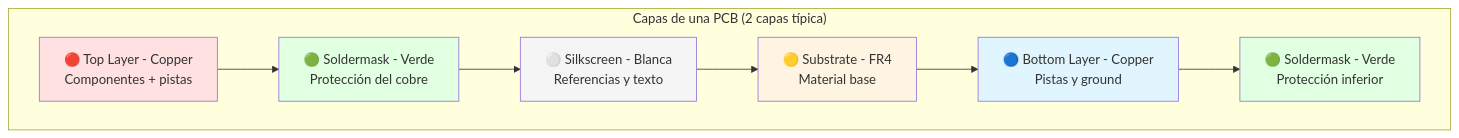
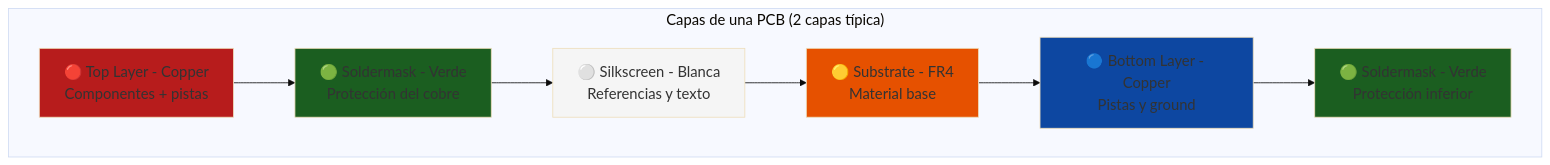
Before and after one commit to Ai-Whisperers/Courses-Content: the third of 11 diagrams in courses/🟡-development/FPUNA-2026/02-ELECTRONICA-AUTOMATIZACION/02-diseno-pcb.md, drawn with Mermaid. The commit also changed other lines of this file and 47 other files, not shown here.

First line of the commit message:
fix: Make all 473 diagrams WCAG AAA accessible (FPUNA-2026)

````diff
--- a/courses/🟡-development/FPUNA-2026/02-ELECTRONICA-AUTOMATIZACION/02-diseno-pcb.md
+++ b/courses/🟡-development/FPUNA-2026/02-ELECTRONICA-AUTOMATIZACION/02-diseno-pcb.md
@@ -95,24 +97,25 @@
 ```mermaid
+%%{init: {'theme':'base', 'themeVariables': {'fontSize':'18px'}}}%%
 graph TD
     subgraph "Capas de una PCB (2 capas típica)"
         A[🔴 Top Layer - Copper<br/>Componentes + pistas]
         B[🟢 Soldermask - Verde<br/>Protección del cobre]
         C[⚪ Silkscreen - Blanca<br/>Referencias y texto]
         D[🟡 Substrate - FR4<br/>Material base]
         E[🔵 Bottom Layer - Copper<br/>Pistas y ground]
         F[🟢 Soldermask - Verde<br/>Protección inferior]
         
         A --> B
         B --> C
         C --> D
         D --> E
         E --> F
     end
     
-    style A fill:#FFE1E1
-    style B fill:#E1FFE1
+    style A fill:#b71c1c
+    style B fill:#1b5e20
     style C fill:#F5F5F5
-    style D fill:#FFF4E1
-    style E fill:#E1F5FF
-    style F fill:#E1FFE1
+    style D fill:#e65100
+    style E fill:#0d47a1
+    style F fill:#1b5e20
 ```
````
